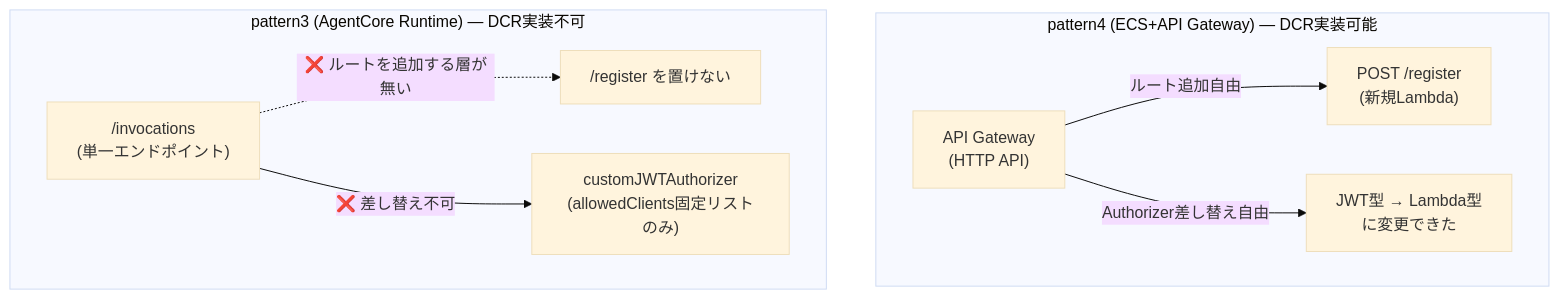
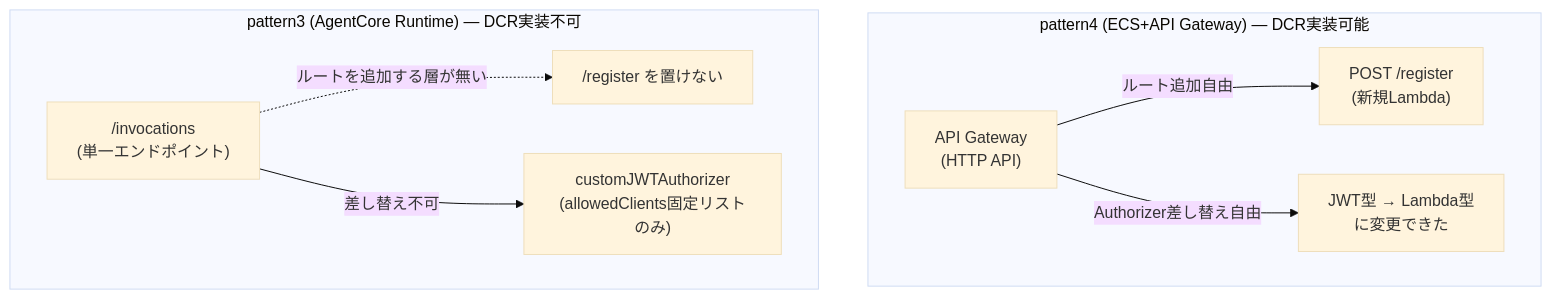
One commit to primenumber-dev/quick-agentcore-poc changed the first of 4 diagrams in docs/10-dcr-implementation.md. Above: the diagram before and after it, drawn with Mermaid (base theme). The commit also changed other lines of this file and 13 other files, not shown here.

````diff
--- a/docs/10-dcr-implementation.md
+++ b/docs/10-dcr-implementation.md
@@ -47,11 +47,11 @@
 ```mermaid
 flowchart TB
     subgraph p4["pattern4 (ECS+API Gateway) — DCR実装可能"]
         R1["API Gateway<br/>(HTTP API)"] -->|"ルート追加自由"| Reg1["POST /register<br/>(新規Lambda)"]
         R1 -->|"Authorizer差し替え自由"| Auth1["JWT型 → Lambda型<br/>に変更できた"]
     end
     subgraph p3["pattern3 (AgentCore Runtime) — DCR実装不可"]
-        R2["/invocations<br/>(単一エンドポイント)"] -.->|"❌ ルートを追加する層が無い"| Reg2["/register を置けない"]
-        R2 -->|"❌ 差し替え不可"| Auth2["customJWTAuthorizer<br/>(allowedClients固定リストのみ)"]
+        R2["/invocations<br/>(単一エンドポイント)"] -.->|"ルートを追加する層が無い"| Reg2["/register を置けない"]
+        R2 -->|"差し替え不可"| Auth2["customJWTAuthorizer<br/>(allowedClients固定リストのみ)"]
     end
 ```
````
